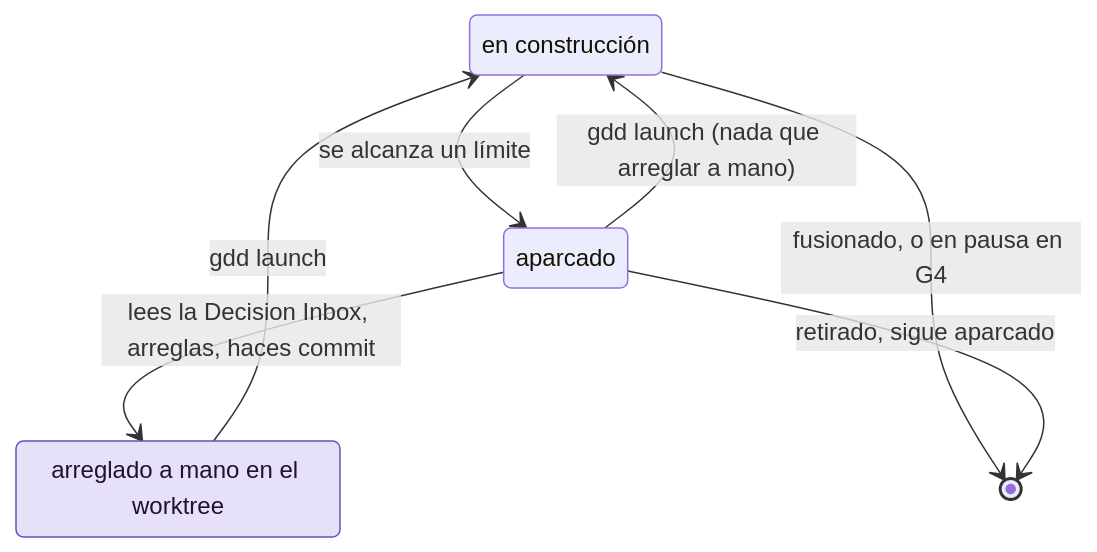
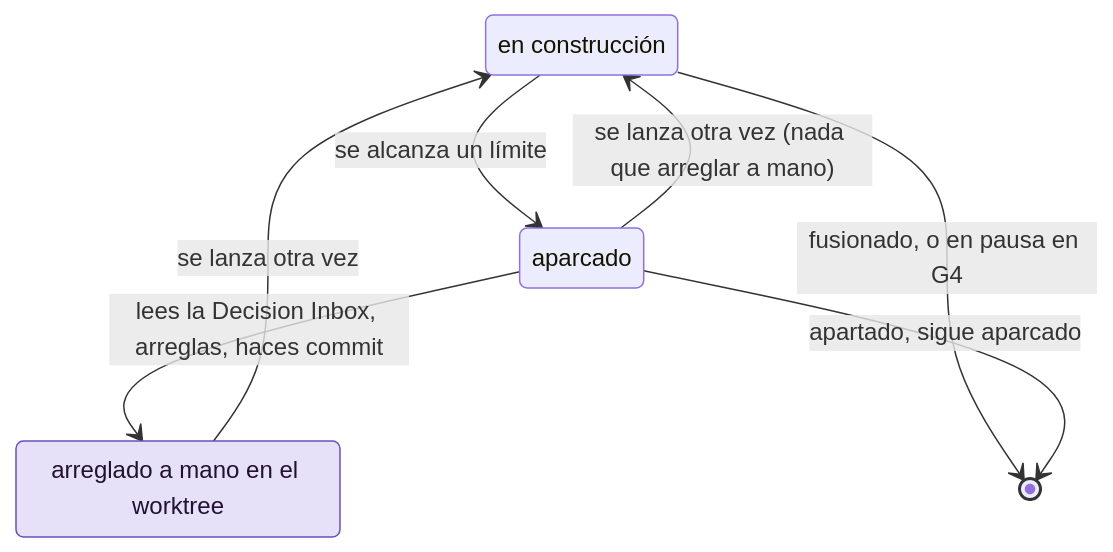
The diagram in docs/es/how-to/parked-change.md (MarsGotta/gdd), drawn with Mermaid before and after one commit. The commit also changed other lines of this file and 210 other files, not shown here.

````diff
--- a/docs/es/how-to/parked-change.md
+++ b/docs/es/how-to/parked-change.md
@@ -24,14 +24,14 @@
 ```mermaid
 stateDiagram-v2
     building: en construcción
     parked: aparcado
     fixed: arreglado a mano en el worktree
     building --> parked: se alcanza un límite
     parked --> fixed: lees la Decision Inbox, arreglas, haces commit
-    parked --> building: gdd launch (nada que arreglar a mano)
-    fixed --> building: gdd launch
+    parked --> building: se lanza otra vez (nada que arreglar a mano)
+    fixed --> building: se lanza otra vez
     building --> [*]: fusionado, o en pausa en G4
-    parked --> [*]: retirado, sigue aparcado
+    parked --> [*]: apartado, sigue aparcado
     classDef human fill:#e6e0f8,stroke:#6a4fc0,color:#213
     class fixed human
 ```
````
